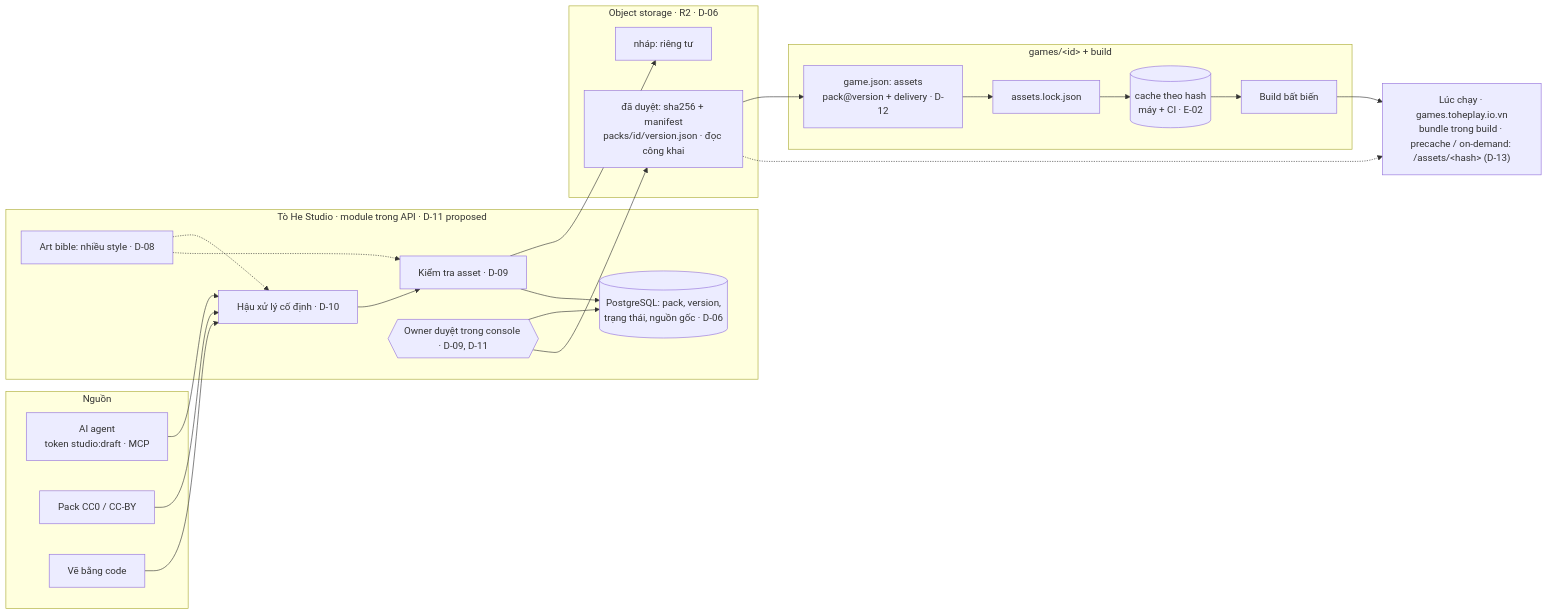
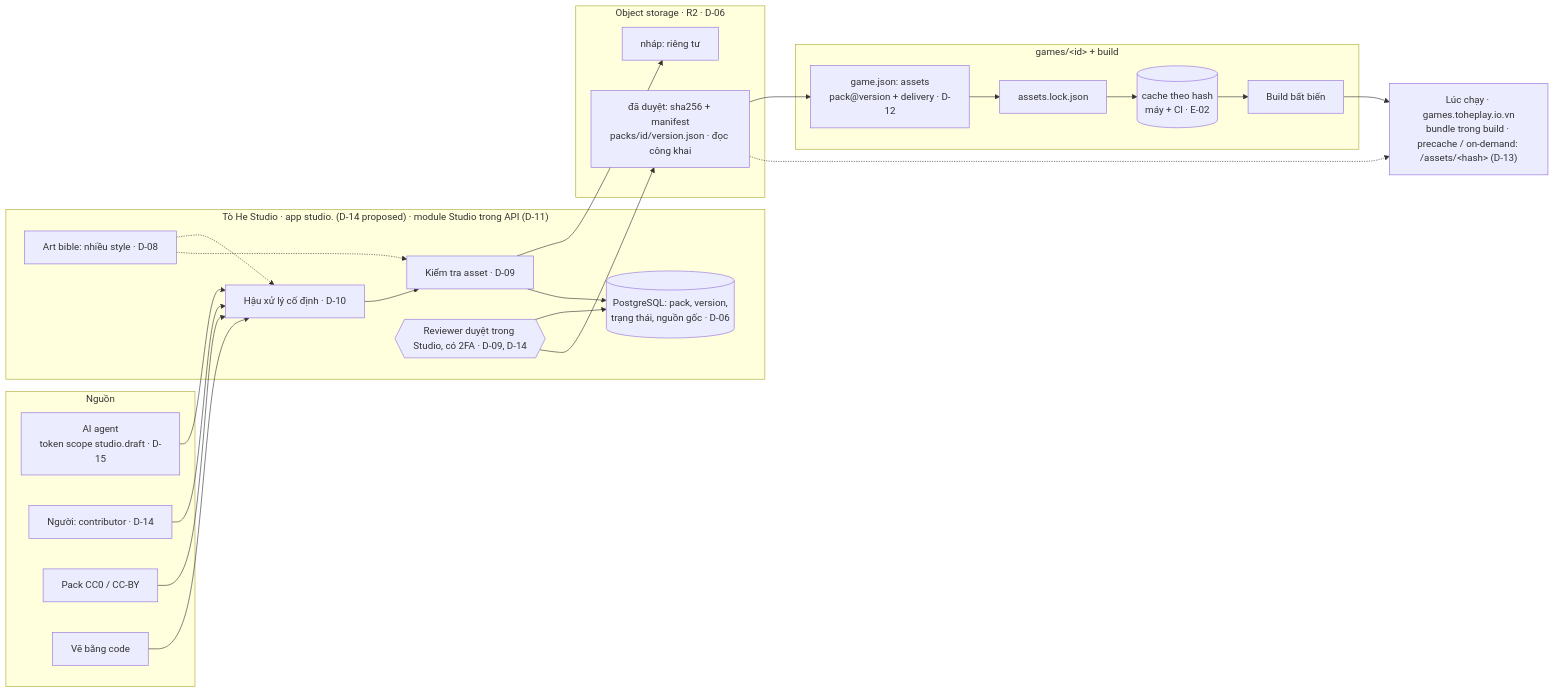
One commit to vinh466/tohe-play changed the diagram in plans/asset-studio/design.md. Above: the diagram before and after it, drawn with Mermaid. The commit also changed other lines of this file and 8 other files, not shown here.

First line of the commit message:
plan(asset-studio): D-11 decided; D-14 Studio as its own app, D-15 agent tokens proposed

````diff
--- a/plans/asset-studio/design.md
+++ b/plans/asset-studio/design.md
@@ -24,37 +29,39 @@
 ```mermaid
 flowchart LR
   subgraph src[Nguồn]
-    ai[AI agent<br/>token studio:draft · MCP]
+    ai[AI agent<br/>token scope studio.draft · D-15]
+    hu[Người: contributor · D-14]
     cc[Pack CC0 / CC-BY]
     co[Vẽ bằng code]
   end
-  subgraph st[Tò He Studio · module trong API · D-11 proposed]
+  subgraph st["Tò He Studio · app studio. (D-14 proposed) · module Studio trong API (D-11)"]
     bible[Art bible: nhiều style · D-08]
     post[Hậu xử lý cố định · D-10]
     chk[Kiểm tra asset · D-09]
     db[(PostgreSQL: pack, version,<br/>trạng thái, nguồn gốc · D-06)]
-    rev{{Owner duyệt trong console · D-09, D-11}}
+    rev{{Reviewer duyệt trong Studio, có 2FA · D-09, D-14}}
   end
   subgraph bucket[Object storage · R2 · D-06]
     draft[nháp: riêng tư]
     pub[đã duyệt: sha256 + manifest<br/>packs/id/version.json · đọc công khai]
   end
   subgraph gm["games/&lt;id&gt; + build"]
     decl[game.json: assets<br/>pack@version + delivery · D-12]
     lock[assets.lock.json]
     cache[(cache theo hash<br/>máy + CI · E-02)]
     build[Build bất biến]
   end
   run["Lúc chạy · games.toheplay.io.vn<br/>bundle trong build · precache / on-demand: /assets/&lt;hash&gt; (D-13)"]
   ai --> post
+  hu --> post
   cc --> post
   co --> post
   bible -.-> post
   bible -.-> chk
   post --> chk --> draft
   chk --> db
   rev --> db
   rev --> pub
   pub --> decl --> lock --> cache --> build --> run
   pub -.-> run
 ```
````
